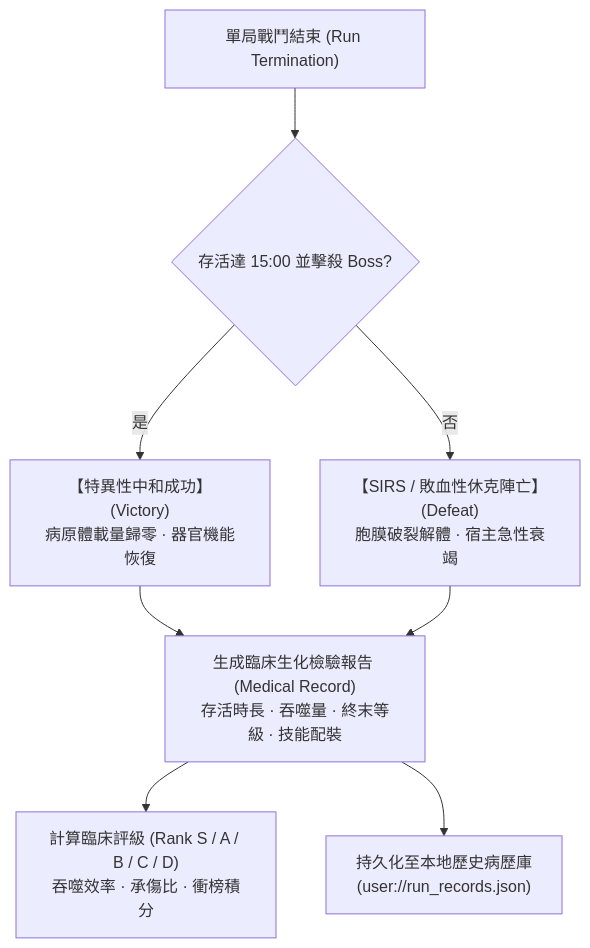
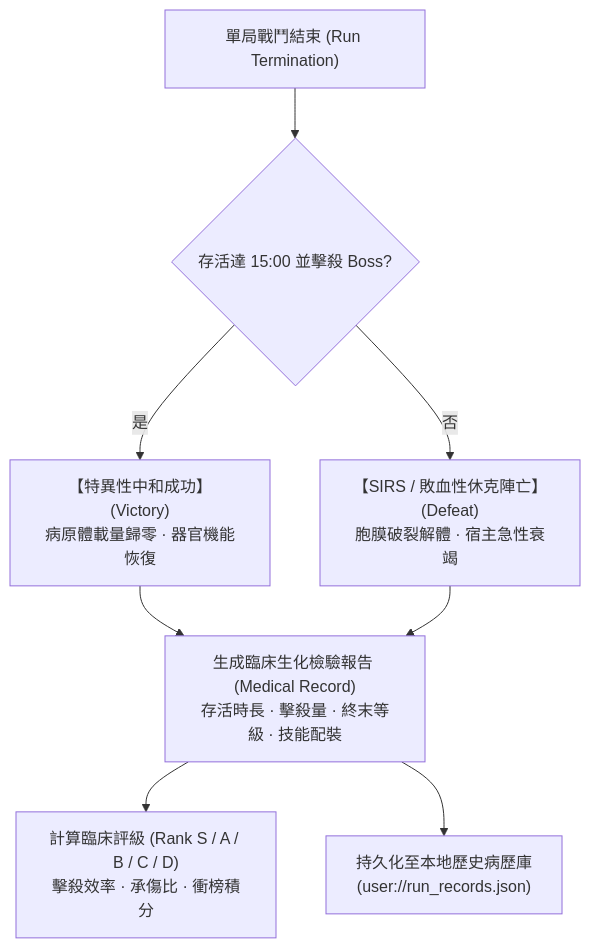
One commit to skyrocket-qy/Phagocyte changed the diagram in docs/record.md. Above: the diagram before and after it, drawn with Mermaid. The commit also changed other lines of this file and 83 other files, not shown here.

````diff
--- a/docs/record.md
+++ b/docs/record.md
@@ -9,9 +9,9 @@
 ```mermaid
 flowchart TD
     RunEnd["單局戰鬥結束 (Run Termination)"] --> CheckResult{存活達 15:00 並擊殺 Boss?}
     CheckResult -- 是 --> Vic["【特異性中和成功】(Victory)<br>病原體載量歸零 · 器官機能恢復"]
     CheckResult -- 否 --> Def["【SIRS / 敗血性休克陣亡】(Defeat)<br>胞膜破裂解體 · 宿主急性衰竭"]
-    Vic & Def --> Gen["生成臨床生化檢驗報告 (Medical Record)<br>存活時長 · 吞噬量 · 終末等級 · 技能配裝"]
-    Gen --> Rank["計算臨床評級 (Rank S / A / B / C / D)<br>吞噬效率 · 承傷比 · 衝榜積分"]
+    Vic & Def --> Gen["生成臨床生化檢驗報告 (Medical Record)<br>存活時長 · 擊殺量 · 終末等級 · 技能配裝"]
+    Gen --> Rank["計算臨床評級 (Rank S / A / B / C / D)<br>擊殺效率 · 承傷比 · 衝榜積分"]
     Gen --> Persist["持久化至本地歷史病歷庫<br>(user://run_records.json)"]
 ```
````
